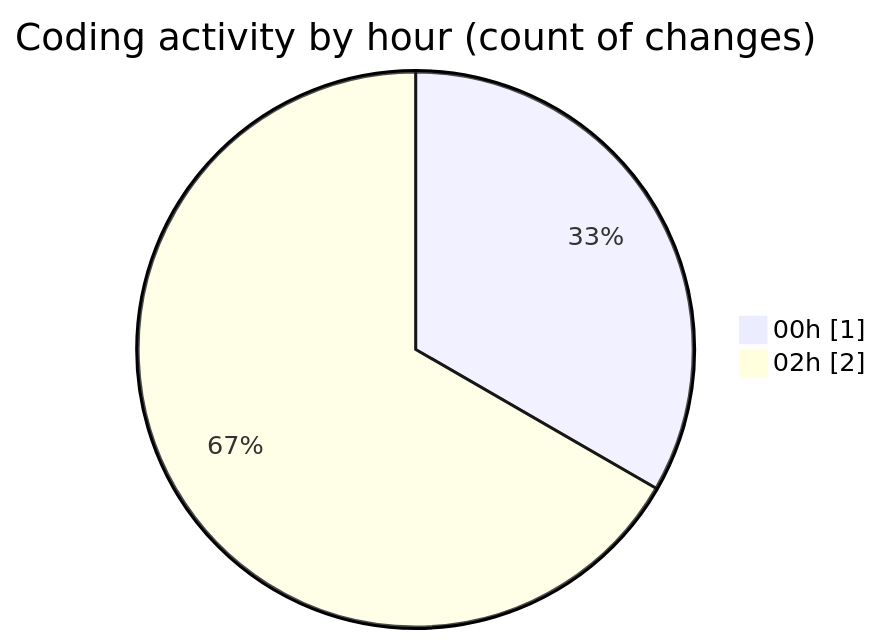
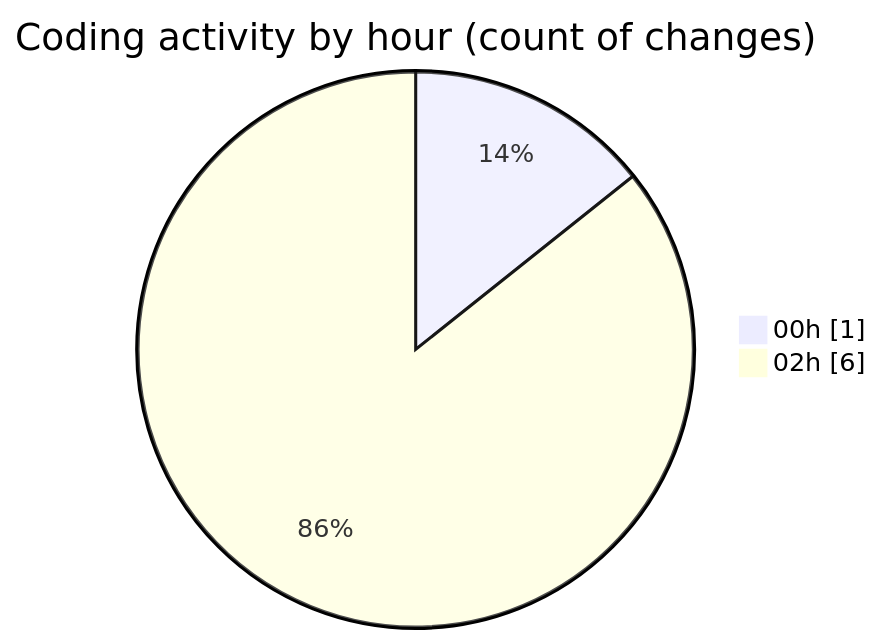
The second of 2 diagrams in 2025-11-23/eventscop-api-guide__workspace_/README.md (julien-gomy/code-tracking), drawn with Mermaid before and after one commit. The commit also changed other lines of this file and 1 other file, not shown here.

````diff
--- a/2025-11-23/eventscop-api-guide__workspace_/README.md
+++ b/2025-11-23/eventscop-api-guide__workspace_/README.md
@@ -29,6 +29,6 @@
 ```mermaid
 pie showData
 title Coding activity by hour (count of changes)
 "00h" : 1
-"02h" : 2
+"02h" : 6
 ```
````
